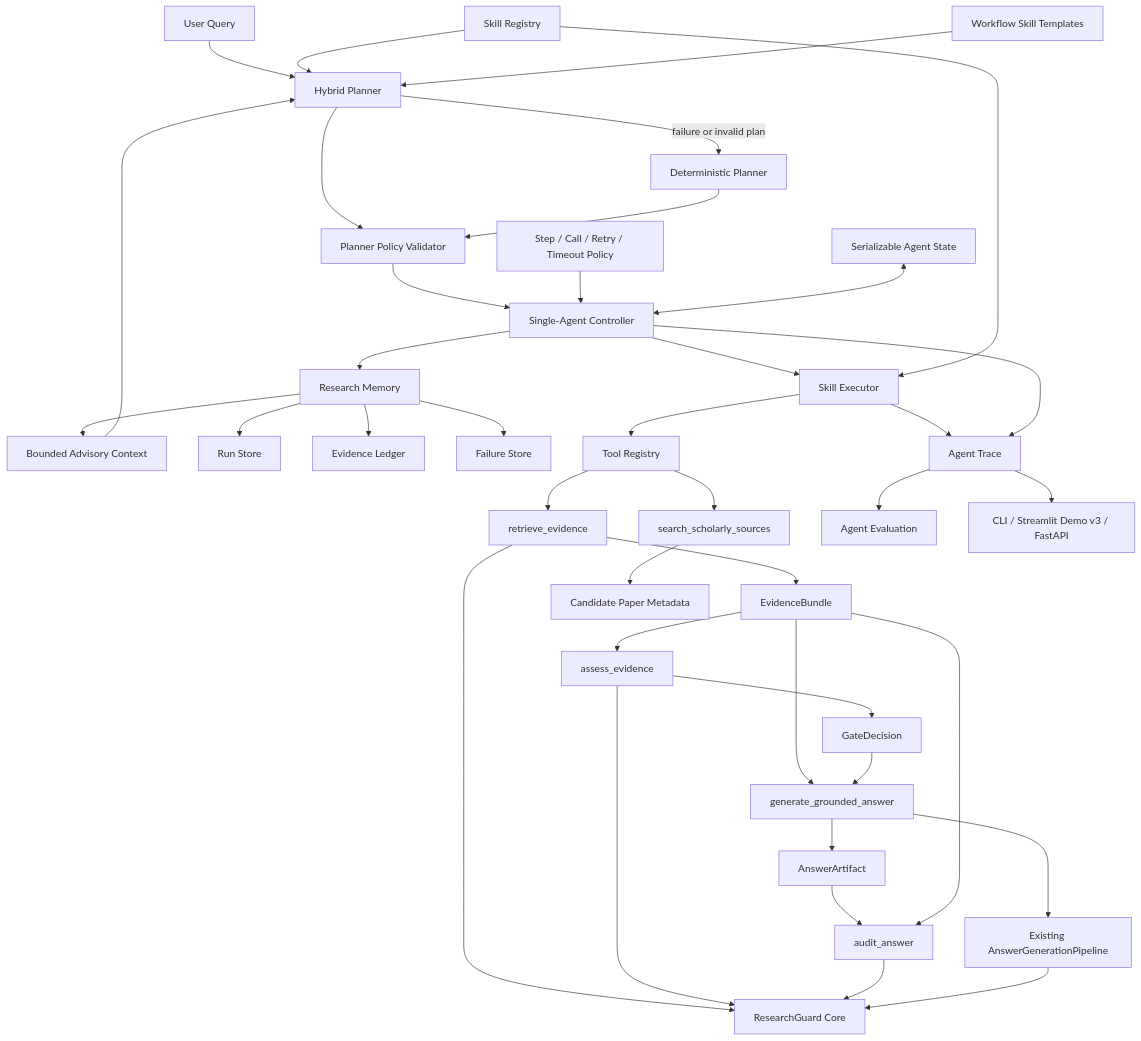
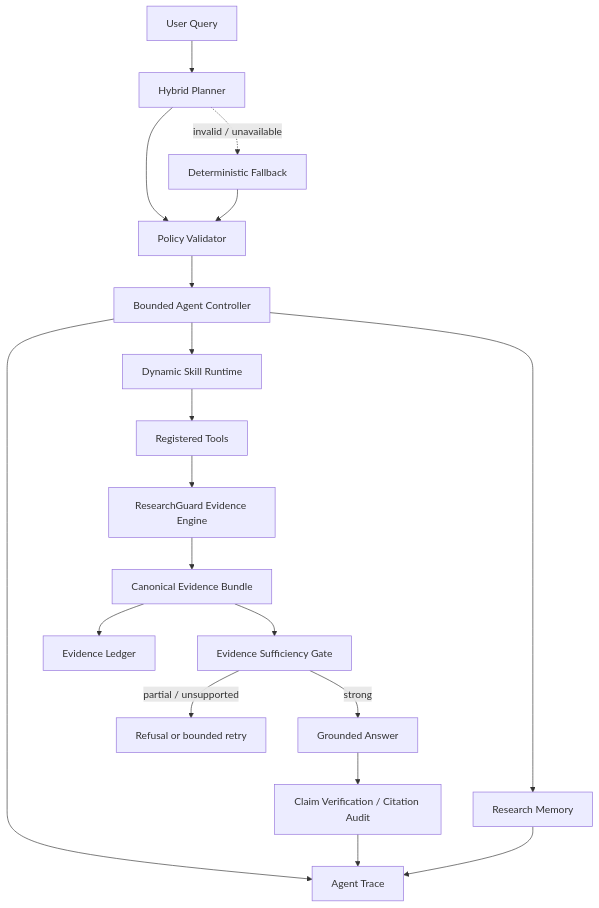
Before and after one commit to Xzh1844963039/ResearchGuard-Agent: the diagram in README.md, drawn with Mermaid. The commit also changed other lines of this file and 31 other files, not shown here.

````diff
--- a/README.md
+++ b/README.md
@@ -53,41 +13,21 @@
 ```mermaid
 flowchart TD
-    Query["User Query"] --> Planner["Hybrid Planner"]
-    Planner --> Validator["Planner Policy Validator"]
-    SkillRegistry["Skill Registry"] --> Planner
-    Validator --> Controller["Single-Agent Controller"]
-    Planner -->|failure or invalid plan| Fallback["Deterministic Planner"]
-    Fallback --> Validator
-    Policy["Step / Call / Retry / Timeout Policy"] --> Controller
-    State["Serializable Agent State"] <--> Controller
-    Controller --> Memory["Research Memory"]
-    Memory --> Context["Bounded Advisory Context"]
-    Context --> Planner
-    Memory --> RunStore["Run Store"]
-    Memory --> Ledger["Evidence Ledger"]
-    Memory --> FailureStore["Failure Store"]
-    Controller --> SkillExecutor["Skill Executor"]
-    SkillRegistry --> SkillExecutor
-    SkillExecutor --> Registry["Tool Registry"]
-    WorkflowTemplates["Workflow Skill Templates"] --> Planner
-    Registry --> RetrievalTool["retrieve_evidence"]
-    RetrievalTool --> Bundle["EvidenceBundle"]
-    Bundle --> EvidenceTool["assess_evidence"]
-    EvidenceTool --> GateDecision["GateDecision"]
-    Bundle --> AnswerTool["generate_grounded_answer"]
-    GateDecision --> AnswerTool
-    AnswerTool --> Artifact["AnswerArtifact"]
-    Artifact --> AuditTool["audit_answer"]
-    Bundle --> AuditTool
-    Registry --> ScholarTool["search_scholarly_sources"]
-    RetrievalTool --> Core["ResearchGuard Core"]
-    EvidenceTool --> Core
-    AnswerTool --> Generator["Existing AnswerGenerationPipeline"]
-    AuditTool --> Core
-    ScholarTool --> Candidates["Candidate Paper Metadata"]
-    Generator --> Core
-    SkillExecutor --> Trace["Agent Trace"]
-    Controller --> Trace
-    Trace --> Evaluation["Agent Evaluation"]
-    Trace --> Demo["CLI / Streamlit Demo v3 / FastAPI"]
+    Q["User Query"] --> P["Hybrid Planner"]
+    P --> V["Policy Validator"]
+    P -. "invalid / unavailable" .-> F["Deterministic Fallback"]
+    F --> V
+    V --> C["Bounded Agent Controller"]
+    C --> S["Dynamic Skill Runtime"]
+    S --> T["Registered Tools"]
+    T --> E["ResearchGuard Evidence Engine"]
+    E --> B["Canonical Evidence Bundle"]
+    B --> G["Evidence Sufficiency Gate"]
+    G -->|strong| A["Grounded Answer"]
+    G -->|partial / unsupported| R["Refusal or bounded retry"]
+    A --> U["Claim Verification / Citation Audit"]
+    C --> M["Research Memory"]
+    B --> L["Evidence Ledger"]
+    C --> X["Agent Trace"]
+    U --> X
+    M --> X
 ```
````
